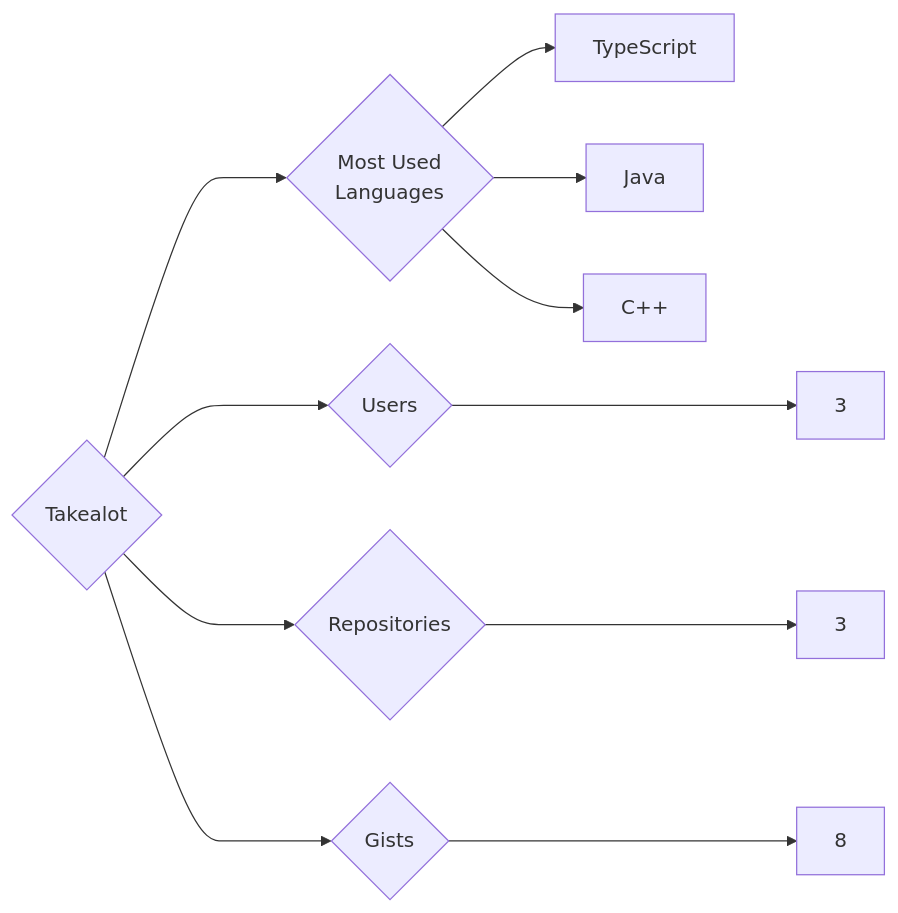
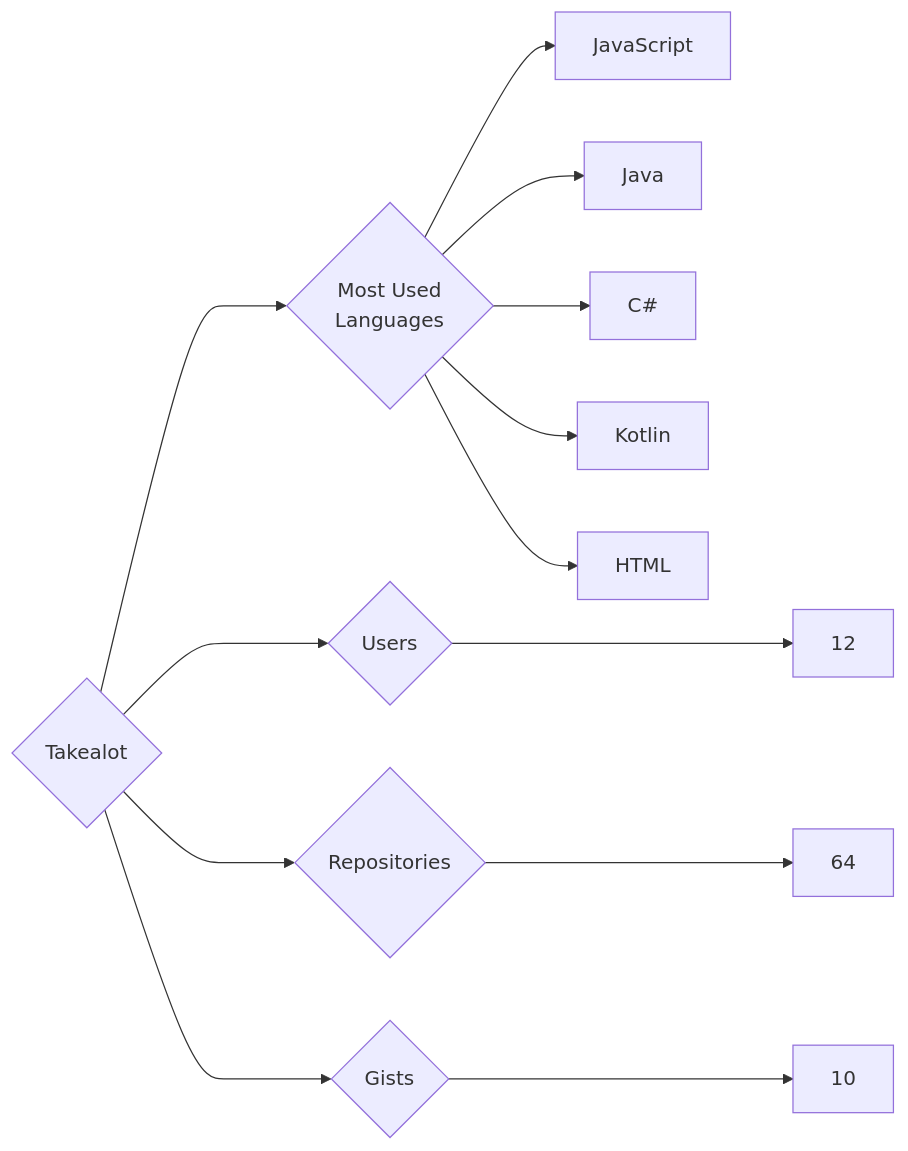
The diagram in targets/Takealot/README.md (trickest/insiders), drawn with Mermaid before and after one commit. The commit also changed 953 other files, not shown here.

````diff
--- a/targets/Takealot/README.md
+++ b/targets/Takealot/README.md
@@ -3,11 +3,13 @@
 ```mermaid
 graph LR
 COMPANY_NAME{Takealot}
-COMPANY_NAME ---> U{Users} ---> UN[3]
-COMPANY_NAME ---> R{Repositories} ---> RN[3]
-COMPANY_NAME ---> G{Gists} ---> GN[8]
+COMPANY_NAME ---> U{Users} ---> UN[12]
+COMPANY_NAME ---> R{Repositories} ---> RN[64]
+COMPANY_NAME ---> G{Gists} ---> GN[10]
 COMPANY_NAME ---> ML{Most Used<br>Languages}
-ML --> TypeScript[TypeScript]
+ML --> JavaScript[JavaScript]
 ML --> Java[Java]
-ML --> C++[C++]
+ML --> C#[C#]
+ML --> Kotlin[Kotlin]
+ML --> HTML[HTML]
 ```
````
